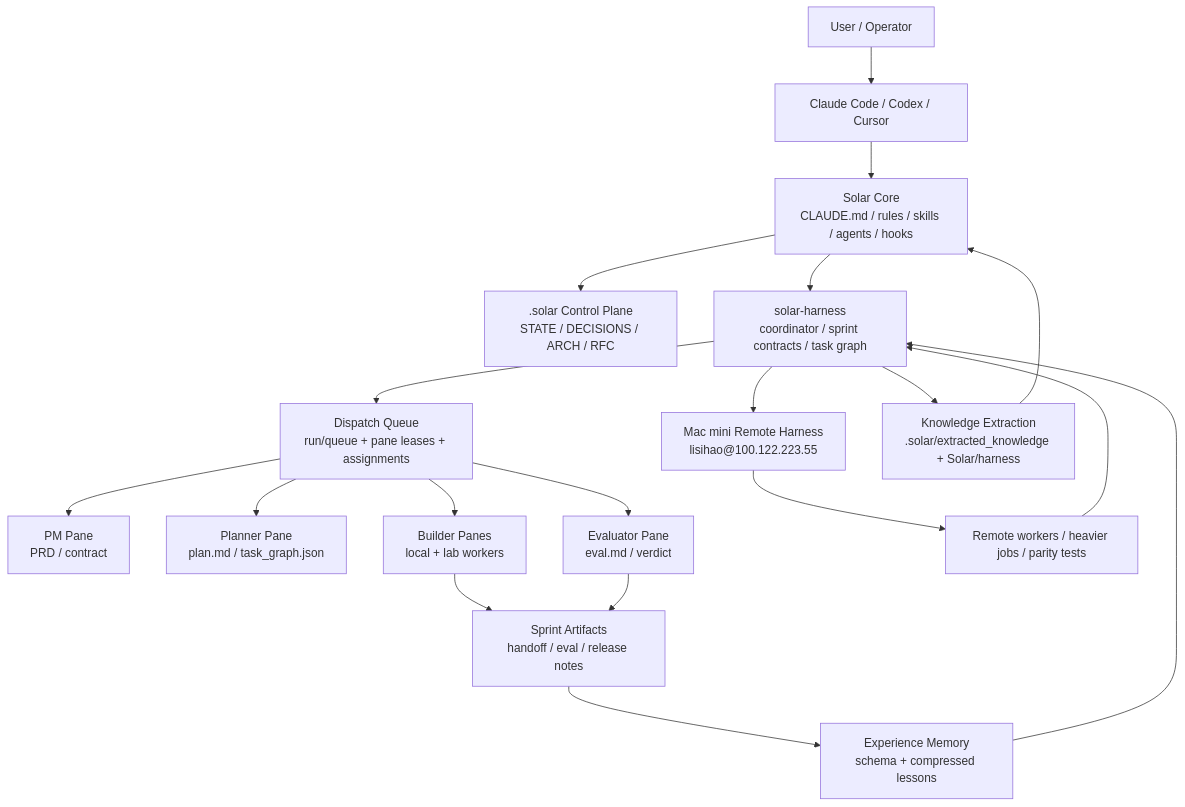
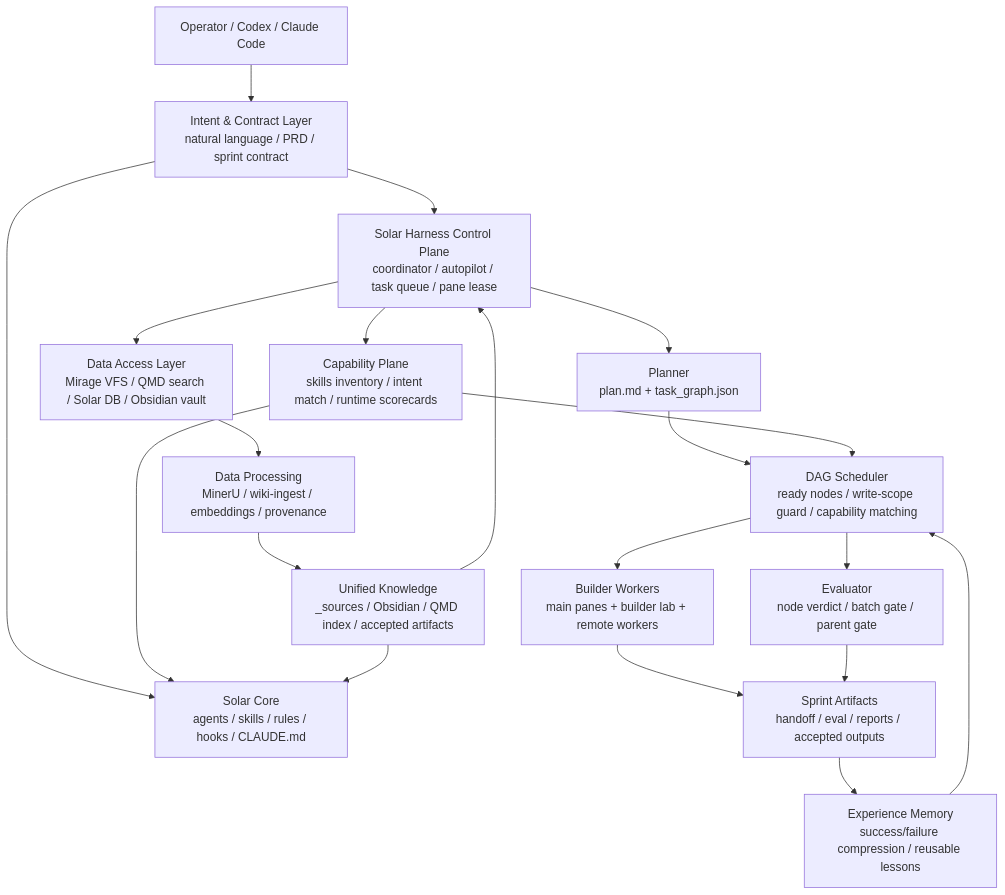
One commit to Stellven/OpenSolar changed the first of 3 diagrams in README.md. Above: the diagram before and after it, drawn with Mermaid. The commit also changed other lines of this file, not shown here.

Commit message:
docs: refresh Solar Harness homepage architecture

````diff
--- a/README.md
+++ b/README.md
@@ -22,25 +21,27 @@
 ```mermaid
 flowchart TB
-  User["User / Operator"] --> IDE["Claude Code / Codex / Cursor"]
-  IDE --> Core["Solar Core\nCLAUDE.md / rules / skills / agents / hooks"]
-  Core --> State[".solar Control Plane\nSTATE / DECISIONS / ARCH / RFC"]
-  Core --> Harness["solar-harness\ncoordinator / sprint contracts / task graph"]
+  User["Operator / Codex / Claude Code"] --> Intent["Intent & Contract Layer\nnatural language / PRD / sprint contract"]
 
-  Harness --> Queue["Dispatch Queue\nrun/queue + pane leases + assignments"]
-  Queue --> PM["PM Pane\nPRD / contract"]
-  Queue --> Planner["Planner Pane\nplan.md / task_graph.json"]
-  Queue --> Builder["Builder Panes\nlocal + lab workers"]
-  Queue --> Evaluator["Evaluator Pane\neval.md / verdict"]
+  Intent --> Core["Solar Core\nagents / skills / rules / hooks / CLAUDE.md"]
+  Intent --> Harness["Solar Harness Control Plane\ncoordinator / autopilot / task queue / pane lease"]
 
-  Builder --> Artifacts["Sprint Artifacts\nhandoff / eval / release notes"]
+  Harness --> Planner["Planner\nplan.md + task_graph.json"]
+  Planner --> Scheduler["DAG Scheduler\nready nodes / write-scope guard / capability matching"]
+  Scheduler --> Builders["Builder Workers\nmain panes + builder lab + remote workers"]
+  Scheduler --> Evaluator["Evaluator\nnode verdict / batch gate / parent gate"]
+
+  Builders --> Artifacts["Sprint Artifacts\nhandoff / eval / reports / accepted outputs"]
   Evaluator --> Artifacts
-  Artifacts --> Experience["Experience Memory\nschema + compressed lessons"]
-  Experience --> Harness
+  Artifacts --> Experience["Experience Memory\nsuccess/failure compression / reusable lessons"]
+  Experience --> Scheduler
 
-  Harness --> Mini["Mac mini Remote Harness\nlisihao@100.122.223.55"]
-  Mini --> RemoteWorkers["Remote workers / heavier jobs / parity tests"]
-  RemoteWorkers --> Harness
+  Harness --> Capability["Capability Plane\nskills inventory / intent match / runtime scorecards"]
+  Capability --> Scheduler
+  Capability --> Core
 
-  Harness --> KB["Knowledge Extraction\n.solar/extracted_knowledge + Solar/harness"]
-  KB --> Core
+  Harness --> DataAccess["Data Access Layer\nMirage VFS / QMD search / Solar DB / Obsidian vault"]
+  DataAccess --> DataProcessing["Data Processing\nMinerU / wiki-ingest / embeddings / provenance"]
+  DataProcessing --> Knowledge["Unified Knowledge\n_sources / Obsidian / QMD index / accepted artifacts"]
+  Knowledge --> Core
+  Knowledge --> Harness
 ```
````
